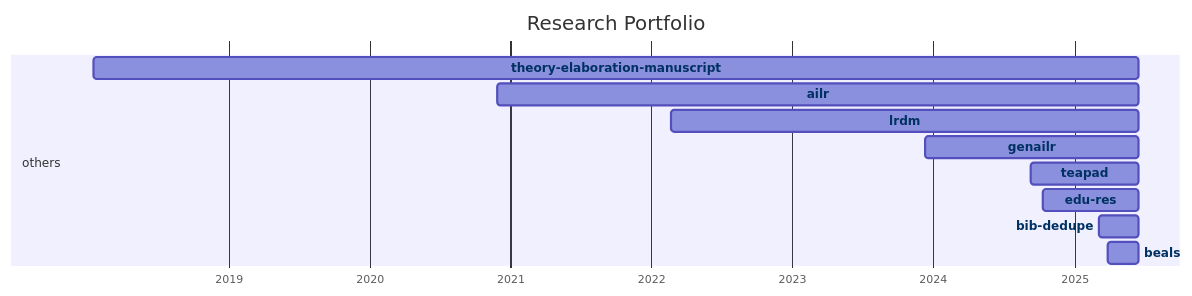
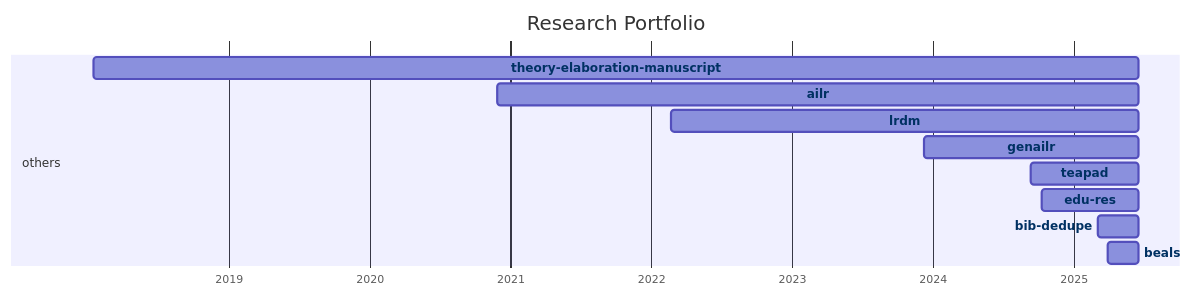
The diagram in docs/20-research/25-projects-gantt.md (digital-work-lab/handbook), drawn with Mermaid before and after one commit. The commit also changed 1 other file, not shown here.

Commit message:
Update repository overview

````diff
--- a/docs/20-research/25-projects-gantt.md
+++ b/docs/20-research/25-projects-gantt.md
@@ -8,35 +8,35 @@
 ```mermaid
 ---
 displayMode: compact
 ---
 gantt
 title Research Portfolio
 dateFormat YYYY-MM-DD
 axisFormat %Y
 
     section work_practices
 
     section distributed_organizing
 
     section knowledge_synthesis
 
     section others
-        beals :beals, 2025-03-28, 2025-06-16
-        bib-dedupe :bib-dedupe, 2025-03-04, 2025-06-16
-        edu-res :edu-res, 2024-10-10, 2025-06-16
-        teapad :teapad, 2024-09-10, 2025-06-16
-        genailr :genailr, 2023-12-10, 2025-06-16
-        lrdm :lrdm, 2022-02-20, 2025-06-16
-        ailr :ailr, 2020-11-26, 2025-06-16
-        theory-elaboration-manuscript :theory-elaboration-manuscript, 2018-01-15, 2025-06-16
+        beals :beals, 2025-03-28, 2025-06-17
+        bib-dedupe :bib-dedupe, 2025-03-04, 2025-06-17
+        edu-res :edu-res, 2024-10-10, 2025-06-17
+        teapad :teapad, 2024-09-10, 2025-06-17
+        genailr :genailr, 2023-12-10, 2025-06-17
+        lrdm :lrdm, 2022-02-20, 2025-06-17
+        ailr :ailr, 2020-11-26, 2025-06-17
+        theory-elaboration-manuscript :theory-elaboration-manuscript, 2018-01-15, 2025-06-17
 
 
     click beals href "{{ site.baseurl }}/docs/20-research/25-projects/_repos/beals"
     click bib-dedupe href "{{ site.baseurl }}/docs/20-research/25-projects/_repos/bib-dedupe"
     click edu-res href "{{ site.baseurl }}/docs/20-research/25-projects/_repos/edu-res"
     click teapad href "{{ site.baseurl }}/docs/20-research/25-projects/_repos/teapad"
     click genailr href "{{ site.baseurl }}/docs/20-research/25-projects/_repos/genailr"
     click lrdm href "{{ site.baseurl }}/docs/20-research/25-projects/_repos/lrdm"
     click ailr href "{{ site.baseurl }}/docs/20-research/25-projects/_repos/ailr"
     click theory-elaboration-manuscript href "{{ site.baseurl }}/docs/20-research/25-projects/_repos/theory-elaboration-manuscript"
 ```
````
